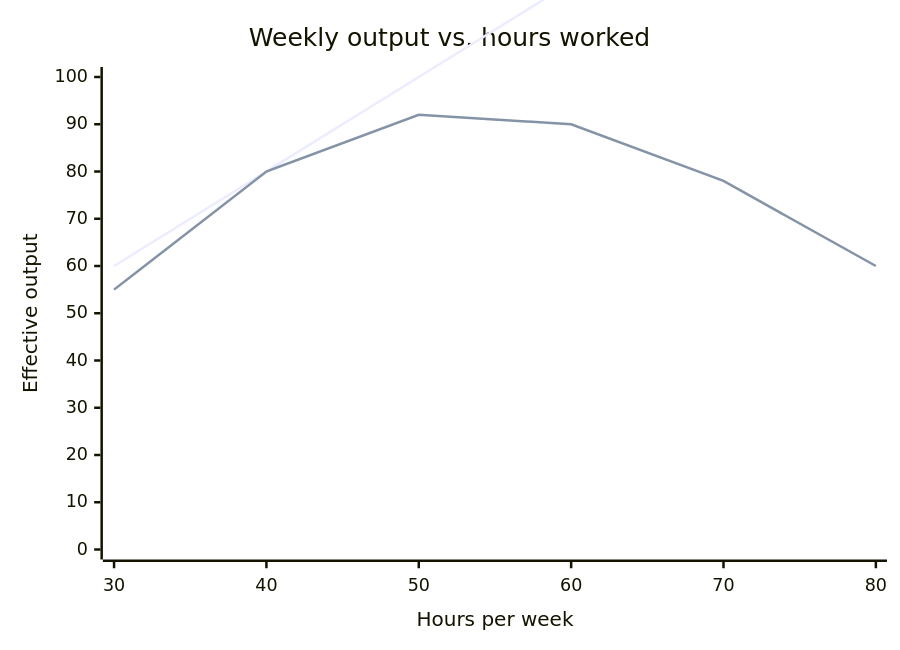
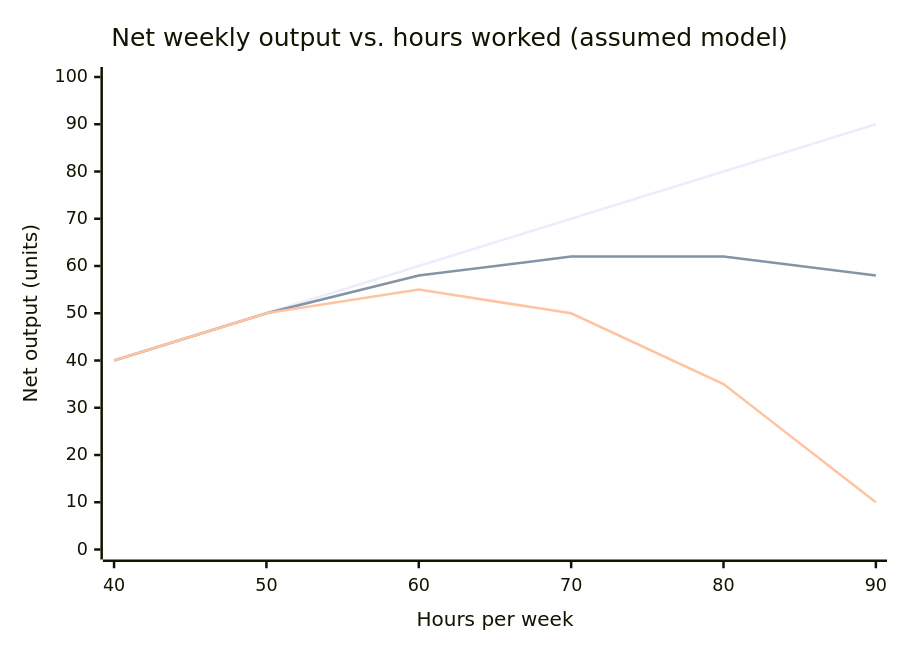
One commit to francoandreDev/knowledge changed the diagram in src/content/sustainable-performance/myth-linear-output/L2-concept.mdx. Above: the diagram before and after it, drawn with Mermaid. The commit also changed other lines of this file and 17 other files, not shown here.

Commit message:
Migrate design closing units and sustainable-performance batch 1 (dark-patterns-ethics, design-debt-at-scale, myth-linear-output, early-warning-signs) to the three-tier exercise model

````diff
--- a/src/content/sustainable-performance/myth-linear-output/L2-concept.mdx
+++ b/src/content/sustainable-performance/myth-linear-output/L2-concept.mdx
@@ -23,8 +40,9 @@
 ```mermaid
 xychart-beta
-    title "Weekly output vs. hours worked"
-    x-axis "Hours per week" [30, 40, 50, 60, 70, 80]
-    y-axis "Effective output" 0 --> 100
-    line "Assumed (linear)" [60, 80, 100, 120, 140, 160]
-    line "Observed (diminishing then negative)" [55, 80, 92, 90, 78, 60]
+    title "Net weekly output vs. hours worked (assumed model)"
+    x-axis "Hours per week" [40, 50, 60, 70, 80, 90]
+    y-axis "Net output (units)" 0 --> 100
+    line "Linear prediction" [40, 50, 60, 70, 80, 90]
+    line "k = 2 (moderate error cost)" [40, 50, 58, 62, 62, 58]
+    line "k = 5 (error-prone work)" [40, 50, 55, 50, 35, 10]
 ```
````
